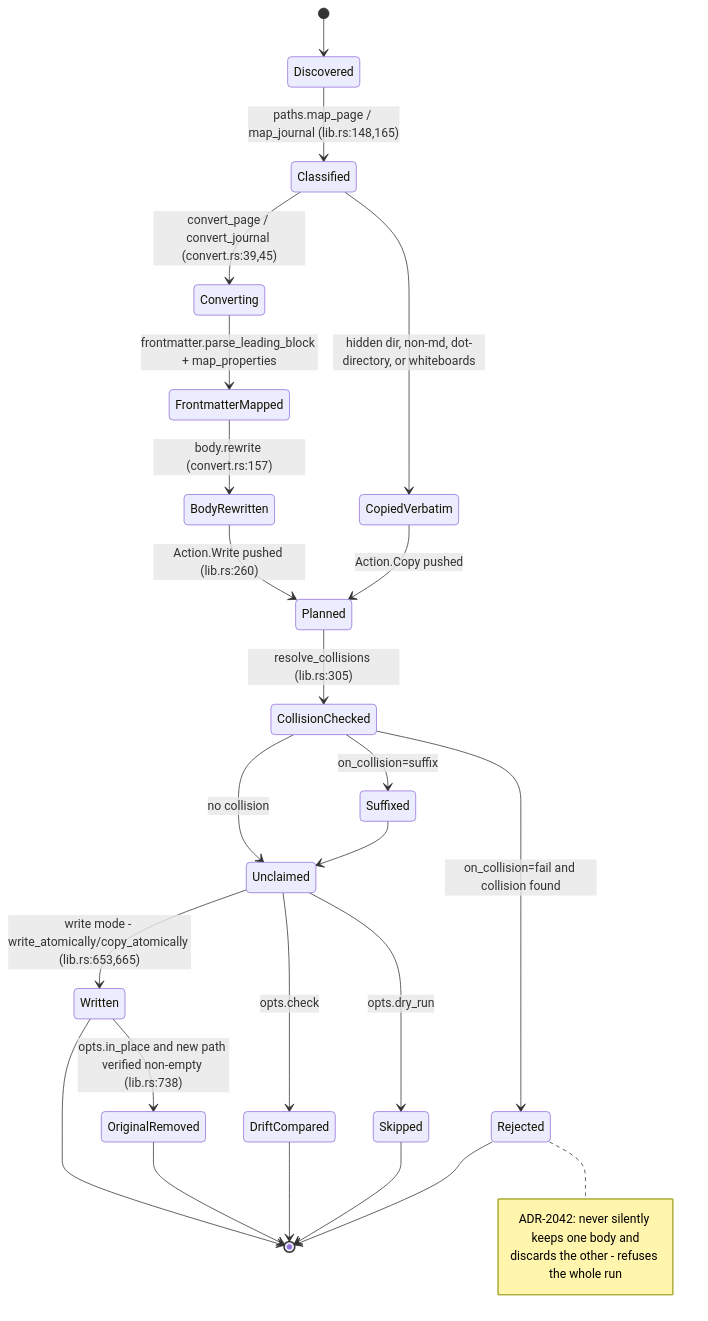
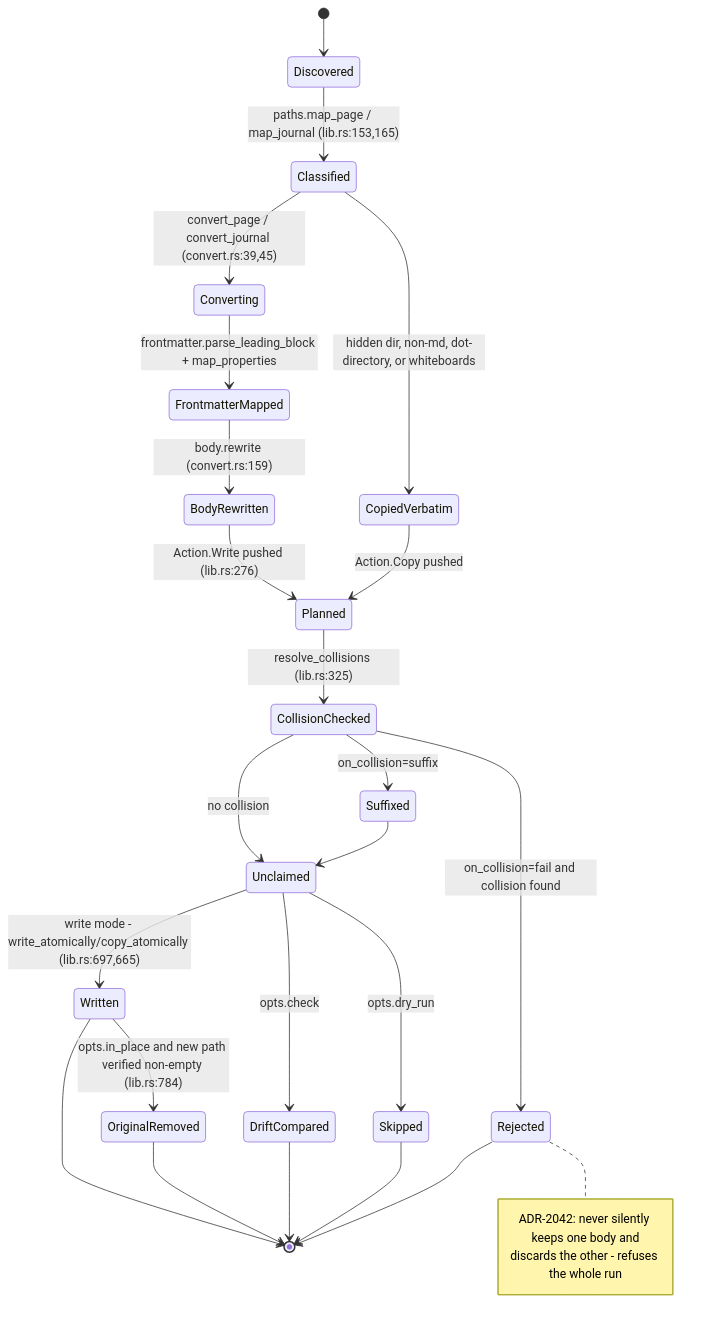
The eighth of 12 diagrams in docs/diagrams/visionclaw/21-corpus-ingest-and-vault.md (DreamLab-AI/AR-AI-Knowledge-Graph), drawn with Mermaid before and after one commit. The commit also changed other lines of this file and 73 other files, not shown here.

First line of the commit message:
docs(diagrams): re-verify all 71 topic files against HEAD; add --cite-check

````diff
--- a/docs/diagrams/visionclaw/21-corpus-ingest-and-vault.md
+++ b/docs/diagrams/visionclaw/21-corpus-ingest-and-vault.md
@@ -357,29 +357,29 @@
 ```mermaid
 stateDiagram-v2
     [*] --> Discovered
-    Discovered --> Classified: paths.map_page / map_journal (lib.rs:148,165)
+    Discovered --> Classified: paths.map_page / map_journal (lib.rs:153,165)
     Classified --> CopiedVerbatim: hidden dir, non-md, dot-directory, or whiteboards
     Classified --> Converting: convert_page / convert_journal (convert.rs:39,45)
     Converting --> FrontmatterMapped: frontmatter.parse_leading_block + map_properties
-    FrontmatterMapped --> BodyRewritten: body.rewrite (convert.rs:157)
-    BodyRewritten --> Planned: Action.Write pushed (lib.rs:260)
+    FrontmatterMapped --> BodyRewritten: body.rewrite (convert.rs:159)
+    BodyRewritten --> Planned: Action.Write pushed (lib.rs:276)
     CopiedVerbatim --> Planned: Action.Copy pushed
-    Planned --> CollisionChecked: resolve_collisions (lib.rs:305)
+    Planned --> CollisionChecked: resolve_collisions (lib.rs:325)
     CollisionChecked --> Rejected: on_collision=fail and collision found
     CollisionChecked --> Suffixed: on_collision=suffix
     CollisionChecked --> Unclaimed: no collision
     Suffixed --> Unclaimed
     Unclaimed --> DriftCompared: opts.check
     Unclaimed --> Skipped: opts.dry_run
-    Unclaimed --> Written: write mode - write_atomically/copy_atomically (lib.rs:653,665)
-    Written --> OriginalRemoved: opts.in_place and new path verified non-empty (lib.rs:738)
+    Unclaimed --> Written: write mode - write_atomically/copy_atomically (lib.rs:697,665)
+    Written --> OriginalRemoved: opts.in_place and new path verified non-empty (lib.rs:784)
     Written --> [*]
     OriginalRemoved --> [*]
     DriftCompared --> [*]
     Skipped --> [*]
     Rejected --> [*]
     note right of Rejected
         ADR-2042: never silently keeps one body and
         discards the other - refuses the whole run
     end note
 ```
````
